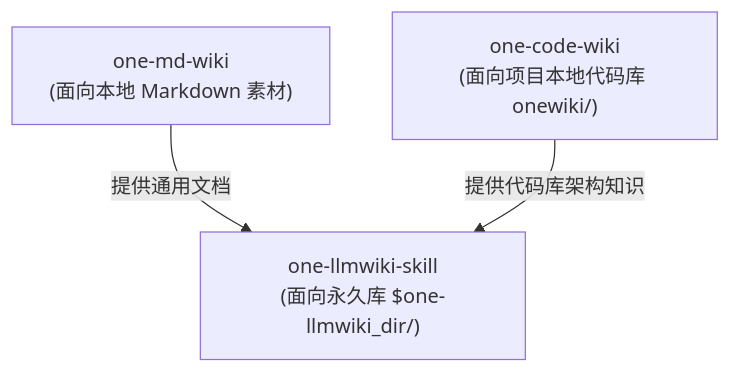
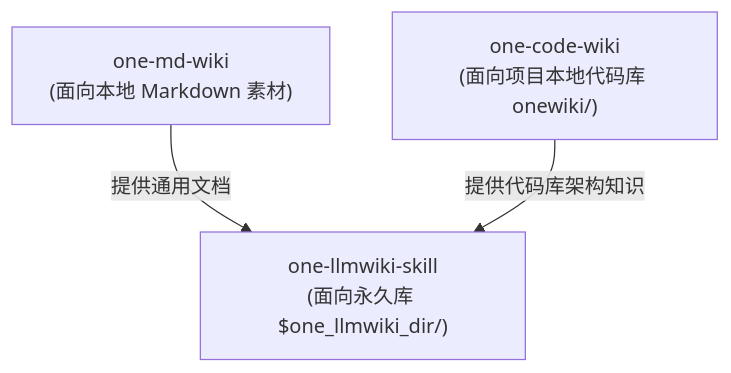
Before and after one commit to wupengbo125/one-skills: the diagram in onewiki/wiki-systems/llm-wiki.md, drawn with Mermaid. The commit also changed other lines of this file and 5 other files, not shown here.

Commit message:
docs: rename knowledge-base root variable to one_llmwiki_dir across documentation files

````diff
--- a/onewiki/wiki-systems/llm-wiki.md
+++ b/onewiki/wiki-systems/llm-wiki.md
@@ -24,9 +24,9 @@
 ```mermaid
 flowchart TD
-    LLMWiki["one-llmwiki-skill<br/>(面向永久库 $one-llmwiki_dir/)"] 
+    LLMWiki["one-llmwiki-skill<br/>(面向永久库 $one_llmwiki_dir/)"] 
     CodeWiki["one-code-wiki<br/>(面向项目本地代码库 onewiki/)"] 
     MDWiki["one-md-wiki<br/>(面向本地 Markdown 素材)"]
 
     MDWiki -->|提供通用文档| LLMWiki
     CodeWiki -->|提供代码库架构知识| LLMWiki
 ```
````
